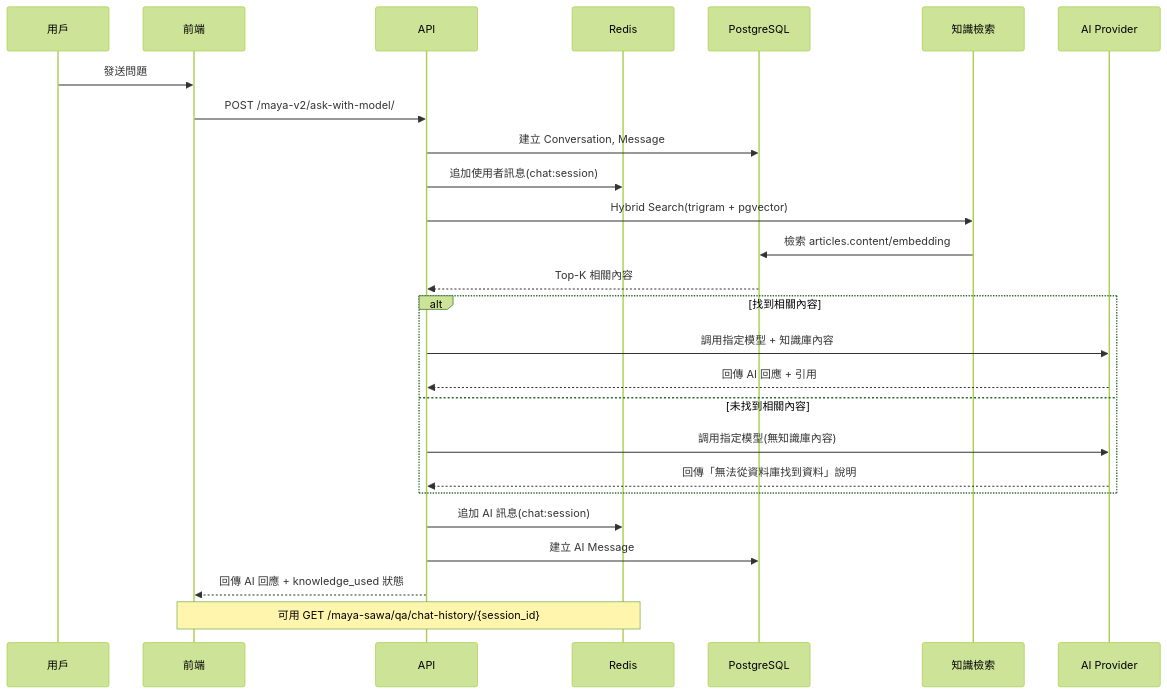
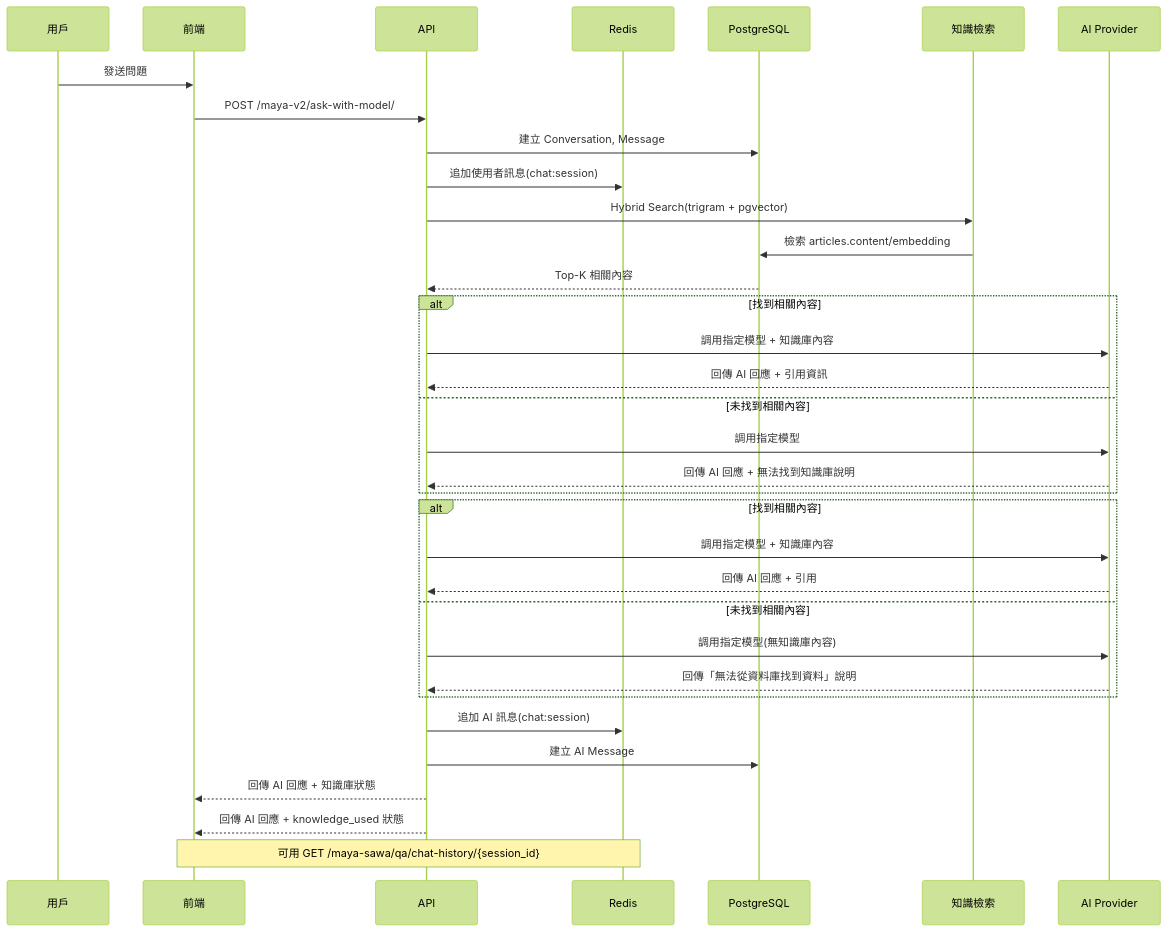
Before and after one commit to Vinskao/maya-sawa-v2: the second of 3 diagrams in README.md, drawn with Mermaid (forest theme). The commit also changed other lines of this file and 1 other file, not shown here.

````diff
--- a/README.md
+++ b/README.md
@@ -69,32 +73,42 @@
 ```mermaid
 sequenceDiagram
     participant U as 用戶
     participant F as 前端
     participant A as API
     participant R as Redis
     participant DB as PostgreSQL
     participant KM as 知識檢索
     participant AI as AI Provider
 
     U->>F: 發送問題
     F->>A: POST /maya-v2/ask-with-model/
     A->>DB: 建立 Conversation, Message
     A->>R: 追加使用者訊息(chat:session)
     A->>KM: Hybrid Search(trigram + pgvector)
     KM->>DB: 檢索 articles.content/embedding
     DB-->>A: Top-K 相關內容
     
     alt 找到相關內容
         A->>AI: 調用指定模型 + 知識庫內容
+        AI-->>A: 回傳 AI 回應 + 引用資訊
+    else 未找到相關內容
+        A->>AI: 調用指定模型
+        AI-->>A: 回傳 AI 回應 + 無法找到知識庫說明
+    end
+    
+    
+    alt 找到相關內容
+        A->>AI: 調用指定模型 + 知識庫內容
         AI-->>A: 回傳 AI 回應 + 引用
     else 未找到相關內容
         A->>AI: 調用指定模型(無知識庫內容)
         AI-->>A: 回傳「無法從資料庫找到資料」說明
     end
     
     A->>R: 追加 AI 訊息(chat:session)
     A->>DB: 建立 AI Message
+    A-->>F: 回傳 AI 回應 + 知識庫狀態
     A-->>F: 回傳 AI 回應 + knowledge_used 狀態
 
     Note over F,R: 可用 GET /maya-sawa/qa/chat-history/{session_id}
 ```
````
